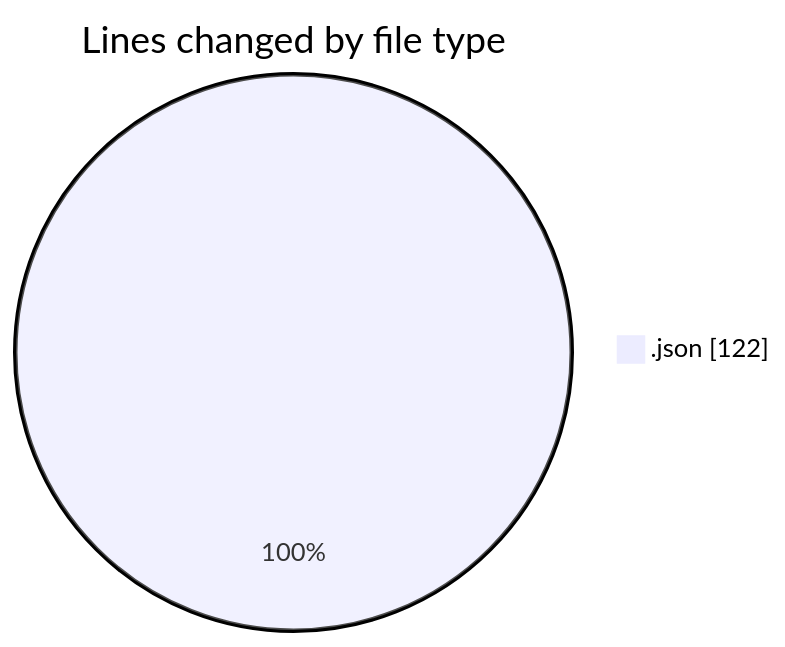
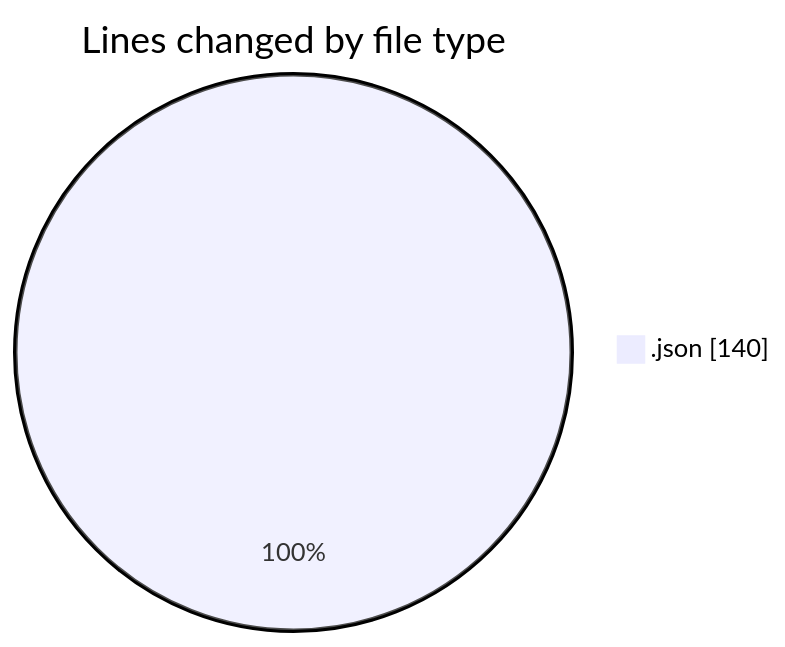
The first of 2 diagrams in 2025-07-29/refunds/README.md (EIIisD/code-tracking), drawn with Mermaid before and after one commit. The commit also changed other lines of this file and 1 other file, not shown here.

````diff
--- a/2025-07-29/refunds/README.md
+++ b/2025-07-29/refunds/README.md
@@ -20,5 +20,5 @@
 ```mermaid
 pie showData
 title Lines changed by file type
-".json" : 122
+".json" : 140
 ```
````
